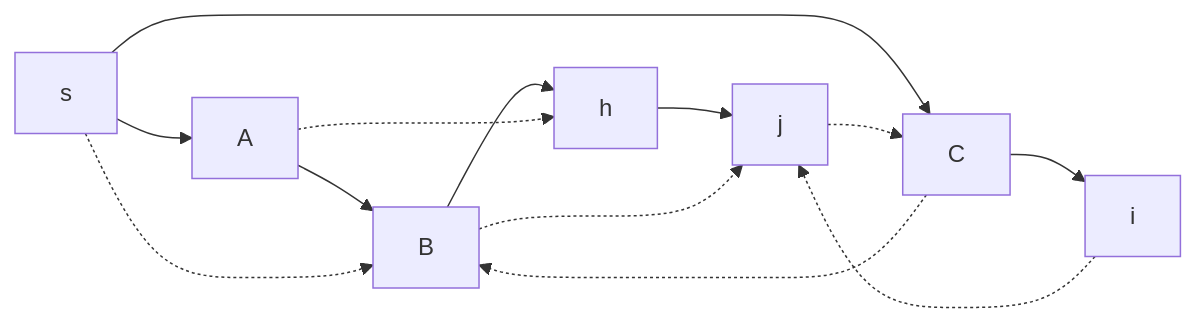
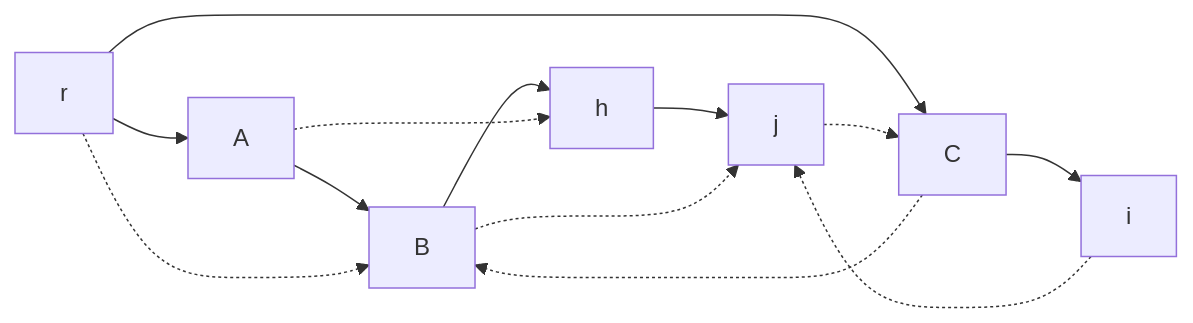
Before and after one commit to SuperSamus/appunti-universitari: the fifth of 5 diagrams in Ricerca operativa/Problemi di ottimizzazione/Ottimizzazione grafi.md, drawn with Mermaid. The commit also changed other lines of this file, not shown here.

````diff
--- a/Ricerca operativa/Problemi di ottimizzazione/Ottimizzazione grafi.md
+++ b/Ricerca operativa/Problemi di ottimizzazione/Ottimizzazione grafi.md
@@ -102,12 +102,12 @@
 ```mermaid
 flowchart LR
-s --> A
-s --> C --> i
+r --> A
+r --> C --> i
 A --> B
 B --> h
 h --> j
 A .-> h
-s .-> B .-> j
+r .-> B .-> j
 C .-> B
 i .-> j .-> C
 ```
````
